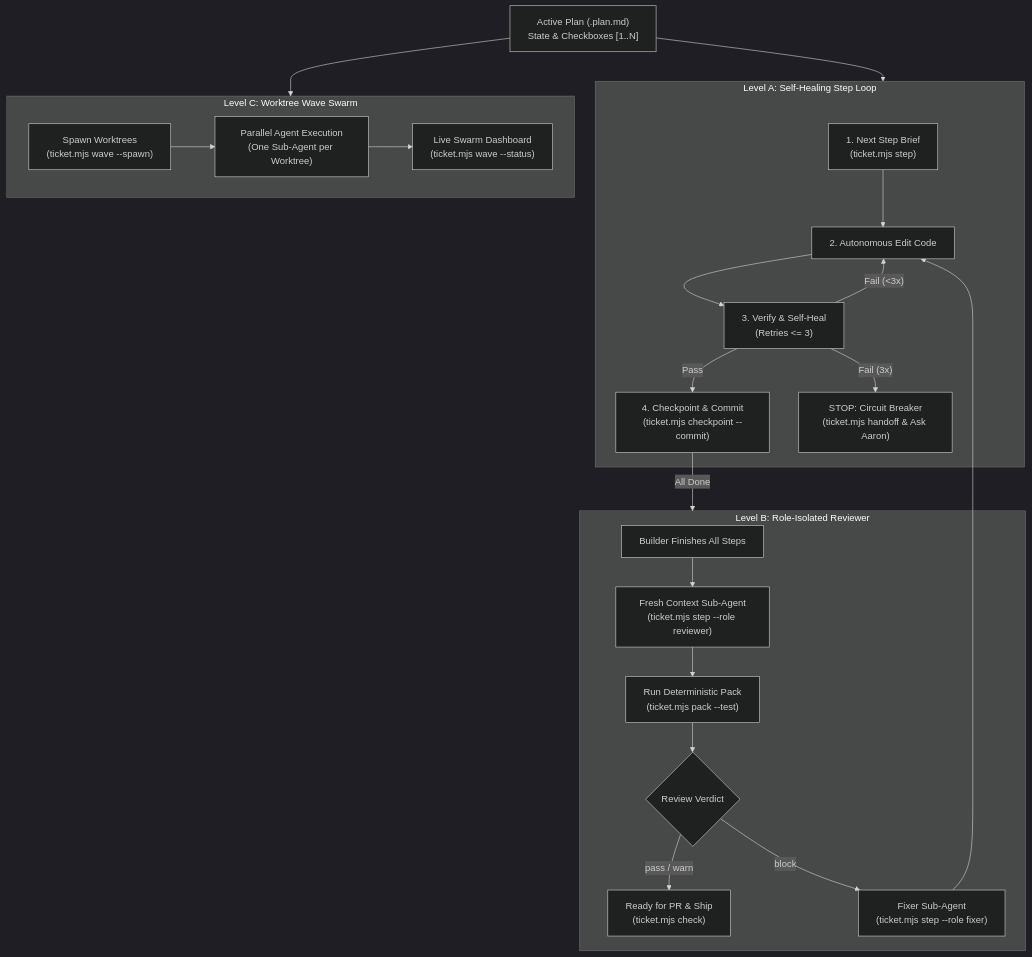
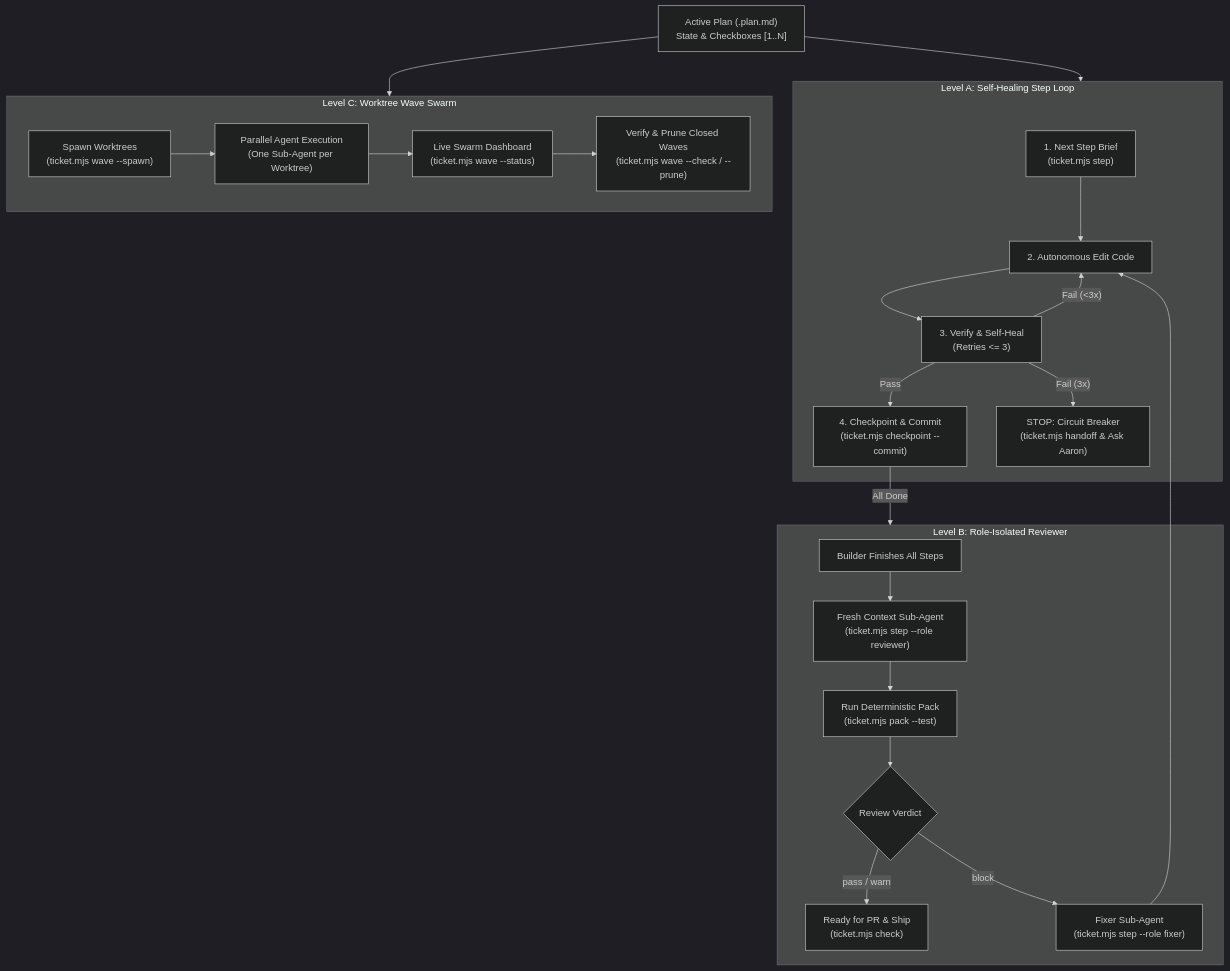
Before and after one commit to AaronPG095/AI-Dev-Workflow: the diagram in .agents/skills/agentic-workflow/SKILL.md, drawn with Mermaid (dark theme). The commit also changed other lines of this file and 6 other files, not shown here.

````diff
--- a/.agents/skills/agentic-workflow/SKILL.md
+++ b/.agents/skills/agentic-workflow/SKILL.md
@@ -16,37 +16,38 @@
 ```mermaid
 flowchart TD
     Plan["Active Plan (.plan.md)\nState & Checkboxes [1..N]"]
 
     subgraph LevelA ["Level A: Self-Healing Step Loop"]
         S1["1. Next Step Brief\n(ticket.mjs step)"]
         S2["2. Autonomous Edit Code"]
         S3["3. Verify & Self-Heal\n(Retries <= 3)"]
         S4["4. Checkpoint & Commit\n(ticket.mjs checkpoint --commit)"]
         S1 --> S2 --> S3
         S3 -- "Pass" --> S4
         S3 -- "Fail (<3x)" --> S2
         S3 -- "Fail (3x)" --> CircuitBreaker["STOP: Circuit Breaker\n(ticket.mjs handoff & Ask Aaron)"]
     end
 
     subgraph LevelB ["Level B: Role-Isolated Reviewer"]
         B1["Builder Finishes All Steps"]
         B2["Fresh Context Sub-Agent\n(ticket.mjs step --role reviewer)"]
         B3["Run Deterministic Pack\n(ticket.mjs pack --test)"]
         B4{"Review Verdict"}
         B1 --> B2 --> B3 --> B4
         B4 -- "pass / warn" --> Shipped["Ready for PR & Ship\n(ticket.mjs check)"]
         B4 -- "block" --> Fixer["Fixer Sub-Agent\n(ticket.mjs step --role fixer)"]
         Fixer --> S2
     end
 
     subgraph LevelC ["Level C: Worktree Wave Swarm"]
         W1["Spawn Worktrees\n(ticket.mjs wave --spawn)"]
         W2["Parallel Agent Execution\n(One Sub-Agent per Worktree)"]
         W3["Live Swarm Dashboard\n(ticket.mjs wave --status)"]
-        W1 --> W2 --> W3
+        W4["Verify & Prune Closed Waves\n(ticket.mjs wave --check / --prune)"]
+        W1 --> W2 --> W3 --> W4
     end
 
     Plan --> LevelA
     S4 -- "All Done" --> LevelB
     Plan --> LevelC
 ```
````
